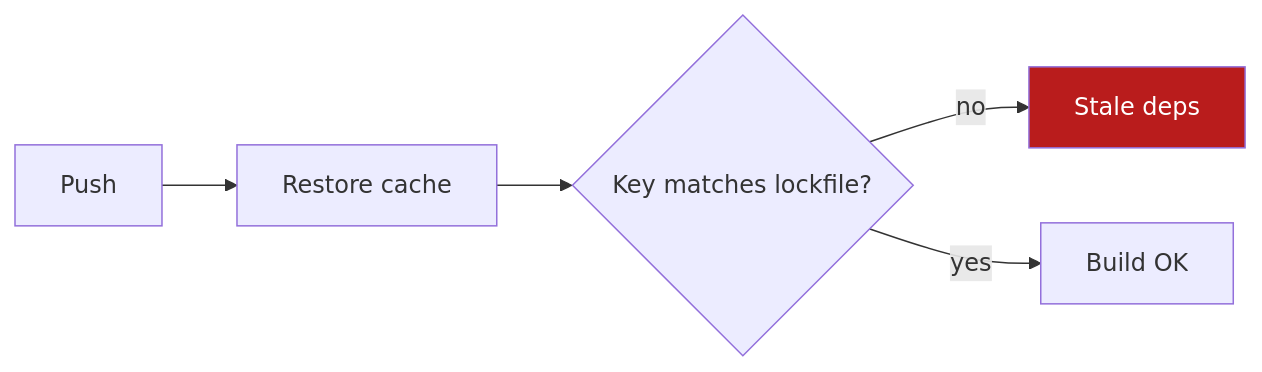
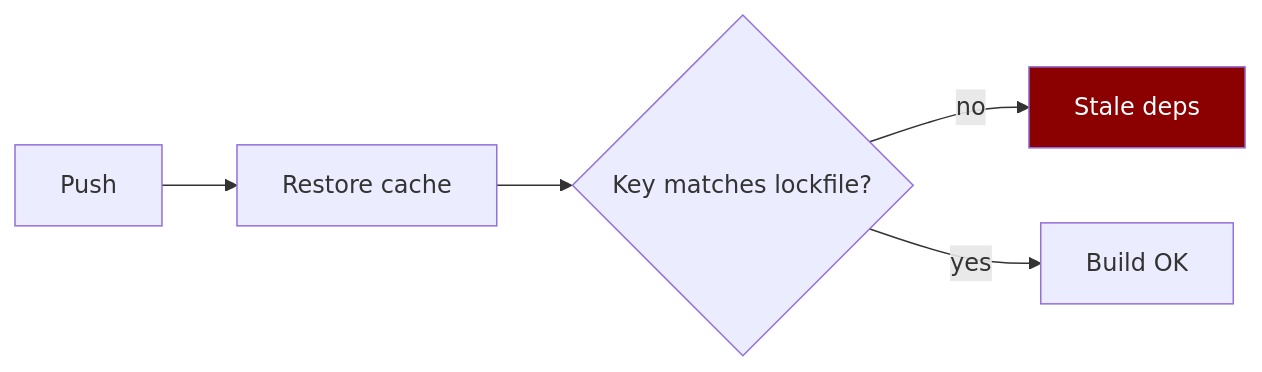
Before and after one commit to marcoleejr/explain-output: the first of 2 diagrams in explain-output/references/diagram.md, drawn with Mermaid. The commit also changed other lines of this file and 9 other files, not shown here.

Commit message:
v3.0.0: checklist-first skill, report.py and render scripts, 3Blue1Brown diagram style

````diff
--- a/explain-output/references/diagram.md
+++ b/explain-output/references/diagram.md
@@ -8,8 +13,8 @@
 ```mermaid
 flowchart LR
   A[Push] --> B[Restore cache]
   B --> C{Key matches lockfile?}
   C -- no --> D[Stale deps]:::bad
   C -- yes --> E[Build OK]
-  classDef bad fill:#b91c1c,color:#fff
+  classDef bad fill:#8b0000,color:#fff
 ```
````
